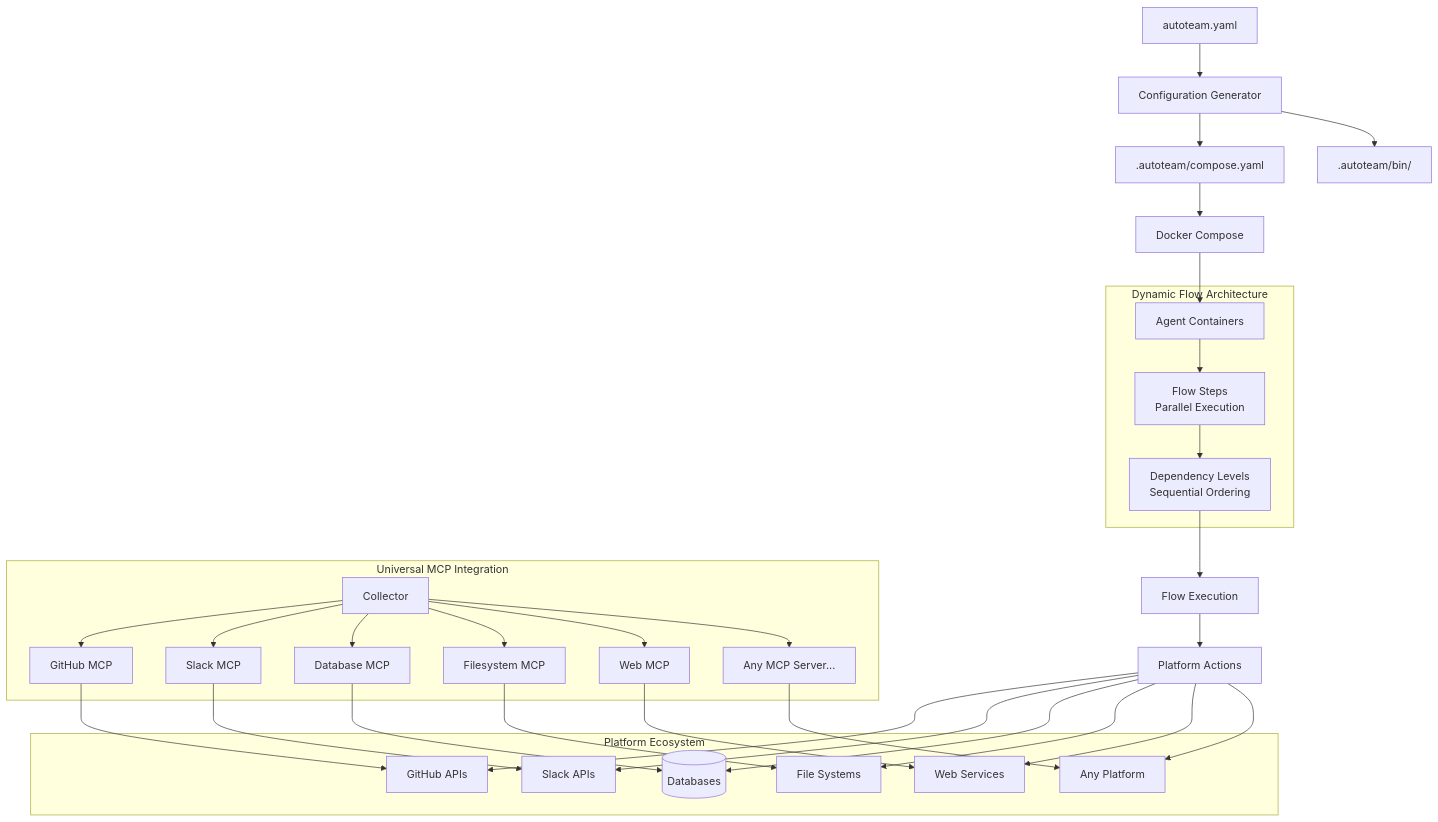
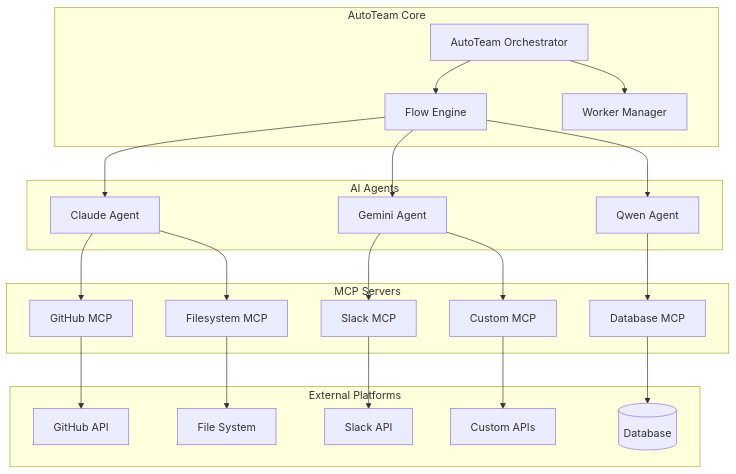
Before and after one commit to diazoxide/autoteam: the fourth of 5 diagrams in README.md, drawn with Mermaid. The commit also changed other lines of this file and 7 other files, not shown here.

````diff
--- a/README.md
+++ b/README.md
@@ -946,41 +170,48 @@
 ```mermaid
 graph TB
-    Config[autoteam.yaml] --> Generator[Configuration Generator]
-    Generator --> Compose[.autoteam/compose.yaml]
-    Generator --> Binaries[.autoteam/bin/]
-    
-    Compose --> Docker[Docker Compose]
-    Docker --> AgentContainers[Agent Containers]
-    
-    subgraph "Dynamic Flow Architecture"
-        AgentContainers --> FlowSteps[Flow Steps<br/>Parallel Execution]
-        FlowSteps --> DependencyLevels[Dependency Levels<br/>Sequential Ordering]
+    subgraph "AutoTeam Core"
+        ATC[AutoTeam Orchestrator]
+        FE[Flow Engine]
+        WM[Worker Manager]
     end
     
-    subgraph "Universal MCP Integration"
-        Collector --> MCP1[GitHub MCP]
-        Collector --> MCP2[Slack MCP]
-        Collector --> MCP3[Database MCP]
-        Collector --> MCP4[Filesystem MCP]
-        Collector --> MCP5[Web MCP]
-        Collector --> MCPn[Any MCP Server...]
+    subgraph "AI Agents"
+        Claude[Claude Agent]
+        Gemini[Gemini Agent]
+        Qwen[Qwen Agent]
     end
     
-    subgraph "Platform Ecosystem"
-        MCP1 --> GitHub[GitHub APIs]
-        MCP2 --> Slack[Slack APIs]
-        MCP3 --> DB[(Databases)]
-        MCP4 --> FS[File Systems]
-        MCP5 --> Web[Web Services]
-        MCPn --> Platform[Any Platform]
+    subgraph "MCP Servers"
+        GMCP[GitHub MCP]
+        SMCP[Slack MCP]
+        DMCP[Database MCP]
+        FMCP[Filesystem MCP]
+        CMCP[Custom MCP]
     end
     
-    DependencyLevels --> FlowExecution[Flow Execution]
-    FlowExecution --> Actions[Platform Actions]
-    Actions --> GitHub
-    Actions --> Slack  
-    Actions --> DB
-    Actions --> FS
-    Actions --> Web
-    Actions --> Platform
+    subgraph "External Platforms"
+        GitHub[GitHub API]
+        Slack[Slack API]
+        Database[(Database)]
+        FileSystem[File System]
+        Custom[Custom APIs]
+    end
+    
+    ATC --> FE
+    ATC --> WM
+    FE --> Claude
+    FE --> Gemini
+    FE --> Qwen
+    
+    Claude --> GMCP
+    Gemini --> SMCP
+    Qwen --> DMCP
+    Claude --> FMCP
+    Gemini --> CMCP
+    
+    GMCP --> GitHub
+    SMCP --> Slack
+    DMCP --> Database
+    FMCP --> FileSystem
+    CMCP --> Custom
 ```
````
